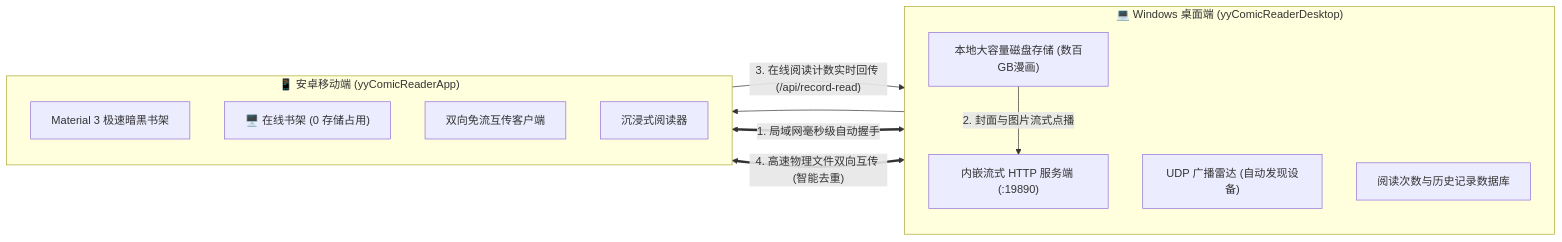
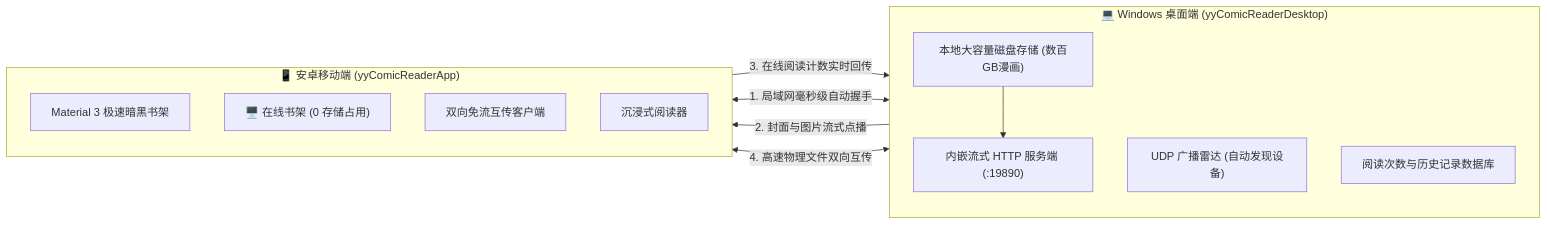
Before and after one commit to yamada17kawa-lab/yyComicReaderDesktop: the diagram in README.md, drawn with Mermaid.

Commit message:
fix(docs): 规范化README中Mermaid流程图标准语法

````diff
--- a/README.md
+++ b/README.md
@@ -46,23 +46,24 @@
 ```mermaid
 flowchart LR
     subgraph PC ["💻 Windows 桌面端 (yyComicReaderDesktop)"]
         direction TB
         DesktopStorage["本地大容量磁盘存储 (数百GB漫画)"]
         HttpServer["内嵌流式 HTTP 服务端 (:19890)"]
         UdpRadar["UDP 广播雷达 (自动发现设备)"]
         ReadSync["阅读次数与历史记录数据库"]
     end
 
     subgraph Phone ["📱 安卓移动端 (yyComicReaderApp)"]
         direction TB
         AppUI["Material 3 极速暗黑书架"]
         OnlineShelf["🖥️ 在线书架 (0 存储占用)"]
         TransferClient["双向免流互传客户端"]
         AppRead["沉浸式阅读器"]
     end
 
-    UdpRadar <==>|"1. 局域网毫秒级自动握手"| Phone
-    DesktopStorage -->|"2. 封面与图片流式点播"| HttpServer --> OnlineShelf
-    AppRead -->|"3. 在线阅读计数实时回传 (/api/record-read)"| ReadSync
-    PC <==>|"4. 高速物理文件双向互传 (智能去重)"| TransferClient
+    UdpRadar <-->|"1. 局域网毫秒级自动握手"| AppUI
+    DesktopStorage --> HttpServer
+    HttpServer -->|"2. 封面与图片流式点播"| OnlineShelf
+    AppRead -->|"3. 在线阅读计数实时回传"| ReadSync
+    HttpServer <-->|"4. 高速物理文件双向互传"| TransferClient
 ```
````
